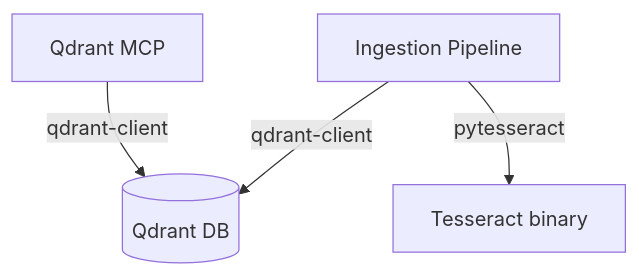
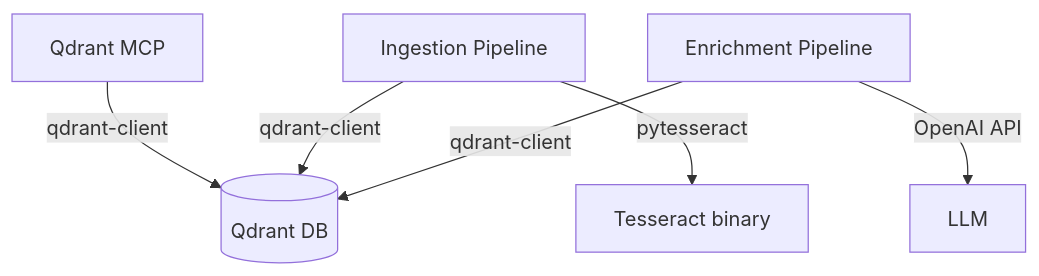
The diagram in doc_v4/mcp-servers/index.md (Michelangelo-Pinto/pinto-llm-wiki), drawn with Mermaid before and after one commit. The commit also changed other lines of this file and 64 other files, not shown here.

````diff
--- a/doc_v4/mcp-servers/index.md
+++ b/doc_v4/mcp-servers/index.md
@@ -15,6 +16,8 @@
 ```mermaid
 flowchart TD
     QMCP[Qdrant MCP] -->|"qdrant-client"| Qdrant[(Qdrant DB)]
     IMCP[Ingestion Pipeline] -->|"qdrant-client"| Qdrant
     IMCP -->|"pytesseract"| Tesseract[Tesseract binary]
+    EMCP[Enrichment Pipeline] -->|"qdrant-client"| Qdrant
+    EMCP -->|"OpenAI API"| LLM[LLM]
 ```
````
